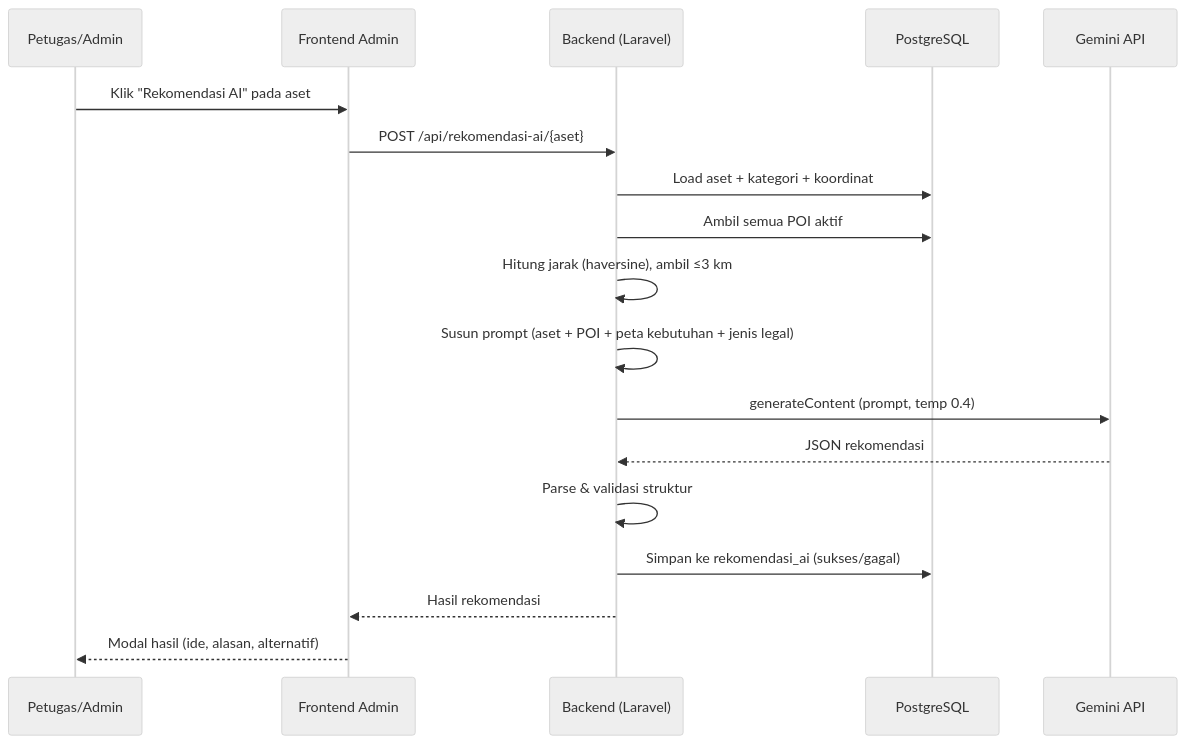
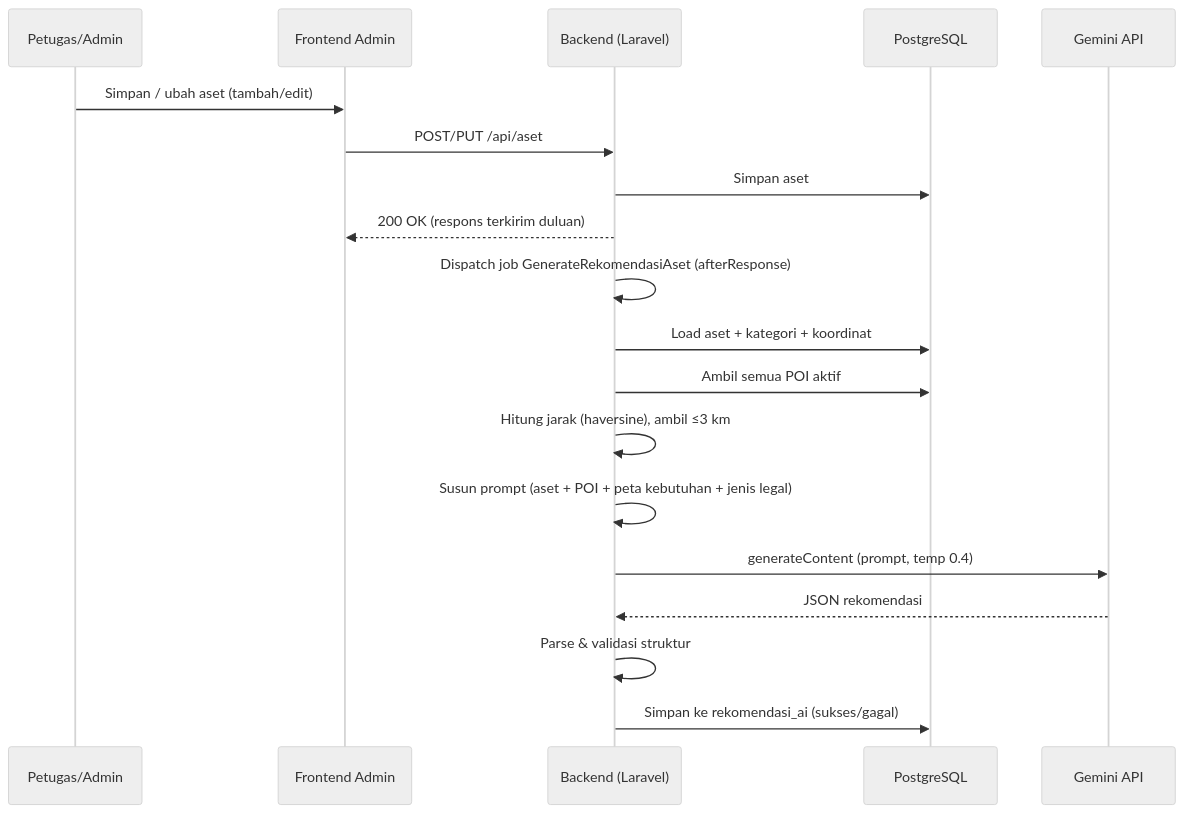
The third of 7 diagrams in docs/client/04-data-flow.md (andresitorus-afk/peset_pemko), drawn with Mermaid (neutral theme) before and after one commit. The commit also changed other lines of this file and 13 other files, not shown here.

Commit message:
feat: auto-generate rekomendasi AI saat simpan/update aset + landing accordion transisi + update docs client

````diff
--- a/docs/client/04-data-flow.md
+++ b/docs/client/04-data-flow.md
@@ -92,21 +98,22 @@
 ```mermaid
 sequenceDiagram
     participant A as Petugas/Admin
     participant FE as Frontend Admin
     participant API as Backend (Laravel)
     participant DB as PostgreSQL
     participant GEM as Gemini API
 
-    A->>FE: Klik "Rekomendasi AI" pada aset
-    FE->>API: POST /api/rekomendasi-ai/{aset}
+    A->>FE: Simpan / ubah aset (tambah/edit)
+    FE->>API: POST/PUT /api/aset
+    API->>DB: Simpan aset
+    API-->>FE: 200 OK (respons terkirim duluan)
+    API->>API: Dispatch job GenerateRekomendasiAset (afterResponse)
     API->>DB: Load aset + kategori + koordinat
     API->>DB: Ambil semua POI aktif
     API->>API: Hitung jarak (haversine), ambil ≤3 km
     API->>API: Susun prompt (aset + POI + peta kebutuhan + jenis legal)
     API->>GEM: generateContent (prompt, temp 0.4)
     GEM-->>API: JSON rekomendasi
     API->>API: Parse & validasi struktur
     API->>DB: Simpan ke rekomendasi_ai (sukses/gagal)
-    API-->>FE: Hasil rekomendasi
-    FE-->>A: Modal hasil (ide, alasan, alternatif)
 ```
````
